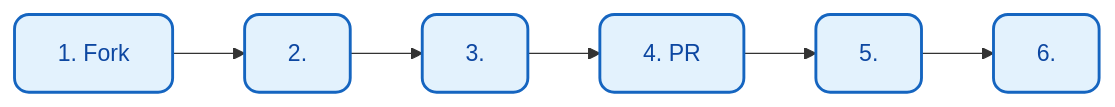
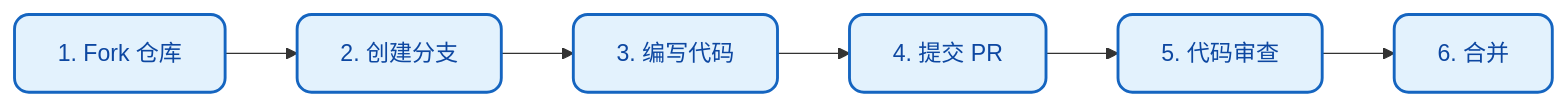
Before and after one commit to xt765/FinchBot: the first of 3 diagrams in docs/zh-CN/contributing.md, drawn with Mermaid. The commit also changed other lines of this file and 10 other files, not shown here.

````diff
--- a/docs/zh-CN/contributing.md
+++ b/docs/zh-CN/contributing.md
@@ -20,10 +20,10 @@
 ```mermaid
 flowchart LR
     classDef step fill:#e3f2fd,stroke:#1565c0,stroke-width:2px,color:#0d47a1,rx:10,ry:10;
 
-    A["1. Fork "]:::step --> B["2. "]:::step
-    B --> C["3. "]:::step
-    C --> D["4.  PR"]:::step
-    D --> E["5. "]:::step
-    E --> F["6. "]:::step
+    A["1. Fork 仓库"]:::step --> B["2. 创建分支"]:::step
+    B --> C["3. 编写代码"]:::step
+    C --> D["4. 提交 PR"]:::step
+    D --> E["5. 代码审查"]:::step
+    E --> F["6. 合并"]:::step
 ```
````
